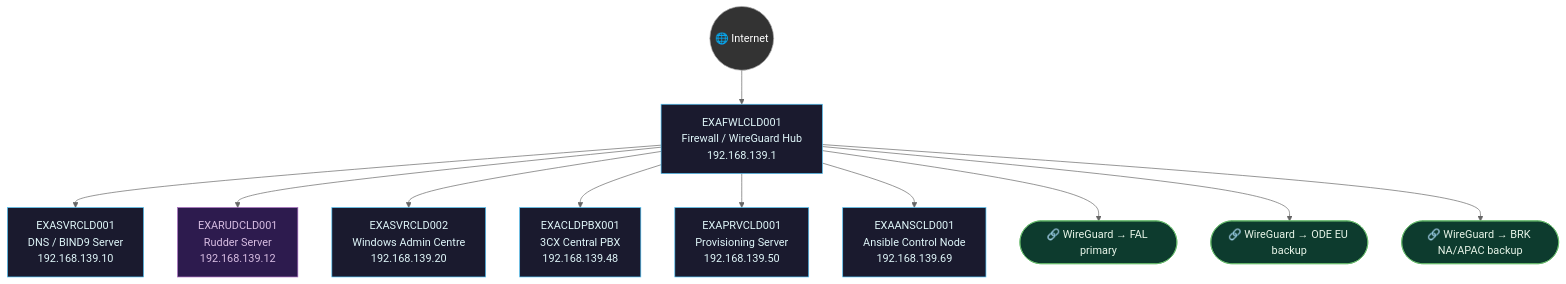
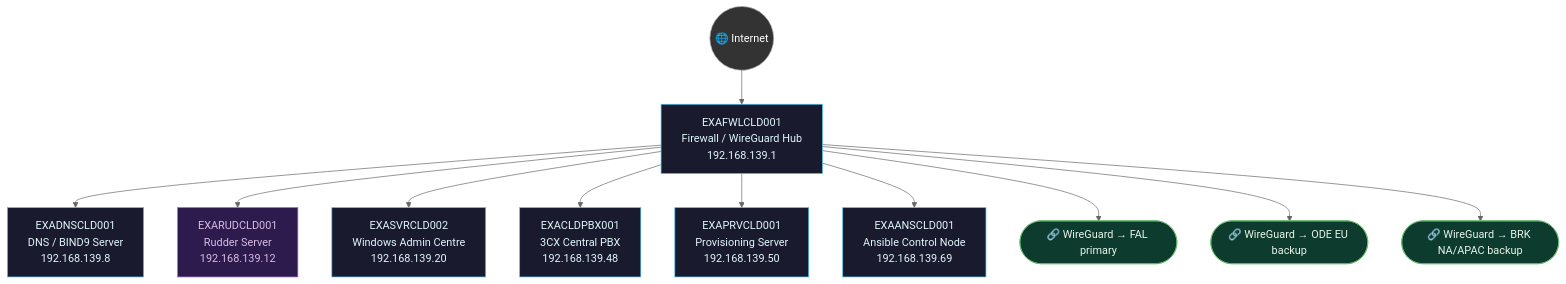
One commit to knightmare2600/example_music_infra changed the first of 42 diagrams in docs/network-diagram.md. Above: the diagram before and after it, drawn with Mermaid (neutral theme). The commit also changed 22 other files, not shown here.

First line of the commit message:
Move DNS server: EXASVRCLD001/.10 → EXADNSCLD001/.8

````diff
--- a/docs/network-diagram.md
+++ b/docs/network-diagram.md
@@ -91,35 +91,35 @@
 ```mermaid
 graph TD
     INET(("🌐 Internet"))
     FWLCLD["EXAFWLCLD001\nFirewall / WireGuard Hub\n192.168.139.1"]
-    DNS["EXASVRCLD001\nDNS / BIND9 Server\n192.168.139.10"]
+    DNS["EXADNSCLD001\nDNS / BIND9 Server\n192.168.139.8"]
     RUD["EXARUDCLD001\nRudder Server\n192.168.139.12"]
     WAC["EXASVRCLD002\nWindows Admin Centre\n192.168.139.20"]
     PBX["EXACLDPBX001\n3CX Central PBX\n192.168.139.48"]
     PRV["EXAPRVCLD001\nProvisioning Server\n192.168.139.50"]
     ANS["EXAANSCLD001\nAnsible Control Node\n192.168.139.69"]
 
     VPN_FAL(["🔗 WireGuard → FAL primary"])
     VPN_ODE(["🔗 WireGuard → ODE EU backup"])
     VPN_BRK(["🔗 WireGuard → BRK NA/APAC backup"])
 
     INET --> FWLCLD
     FWLCLD --> DNS
     FWLCLD --> RUD
     FWLCLD --> WAC
     FWLCLD --> PBX
     FWLCLD --> PRV
     FWLCLD --> ANS
     FWLCLD --> VPN_FAL
     FWLCLD --> VPN_ODE
     FWLCLD --> VPN_BRK
 
     classDef server fill:#1a1a2e,stroke:#4fc3f7,color:#e0f7fa
     classDef rudder fill:#2d1b4e,stroke:#a569bd,color:#d7bde2
     classDef vpn fill:#0d3b2e,stroke:#66bb6a,color:#e8f5e9
     classDef inet fill:#333,stroke:#aaa,color:#fff
     class FWLCLD,DNS,WAC,PBX,PRV,ANS server
     class RUD rudder
     class VPN_FAL,VPN_ODE,VPN_BRK vpn
     class INET inet
 ```
````
